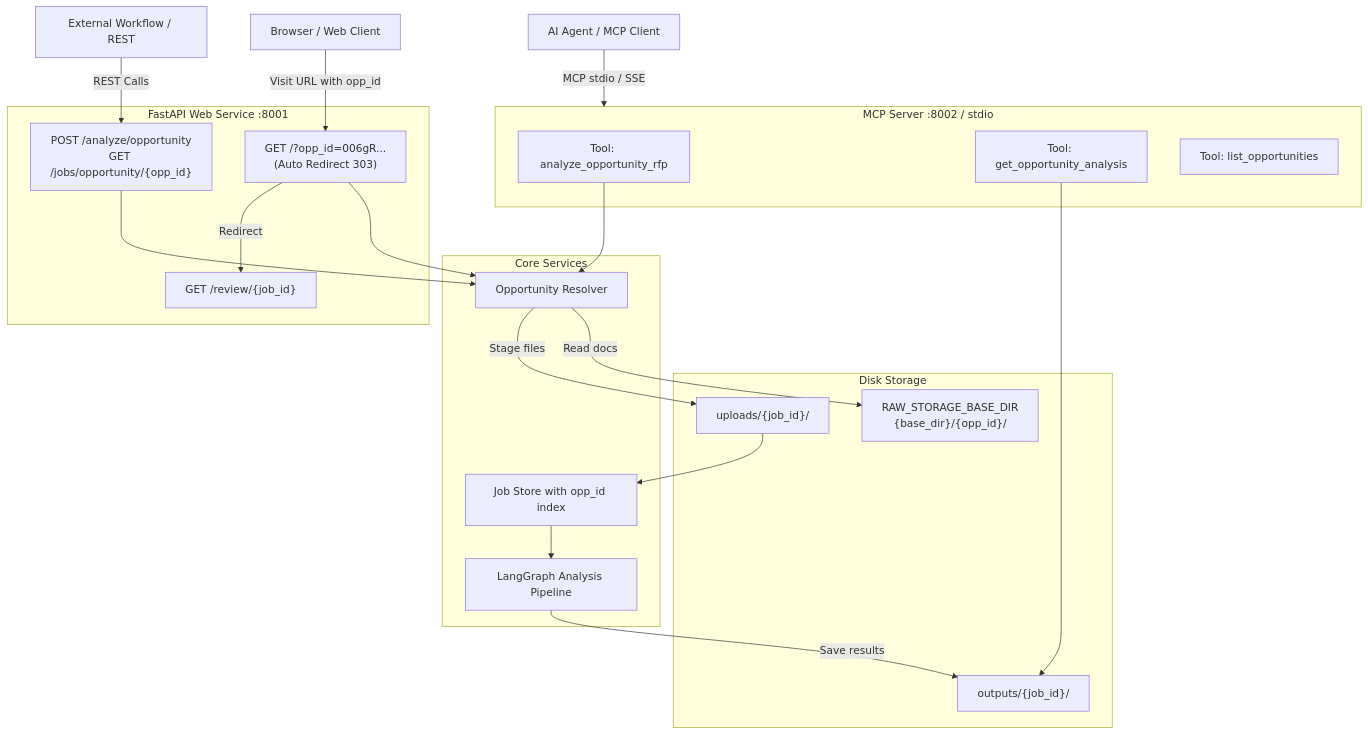
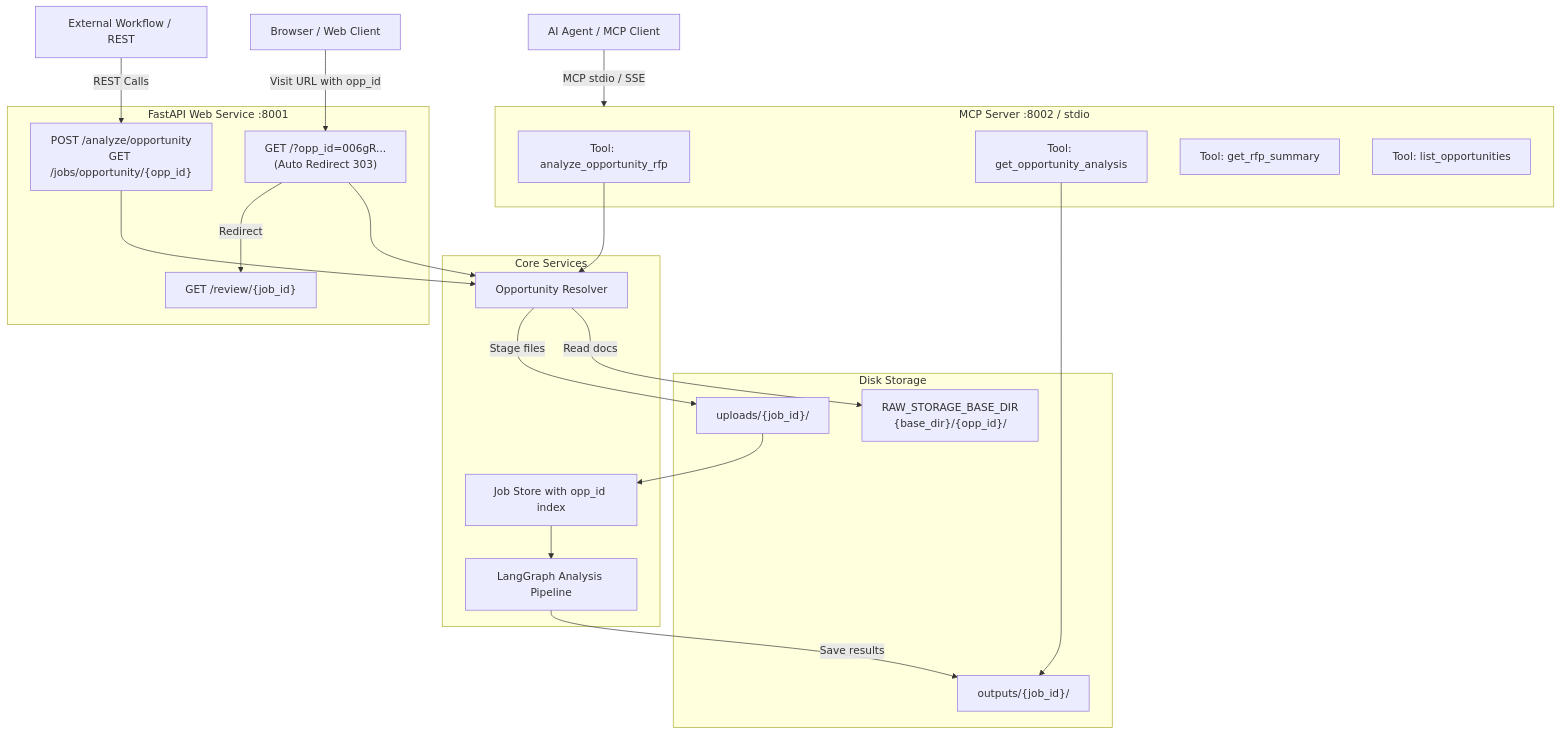
One commit to santosh-k-singh10/rfp-analyzer-v2 changed the diagram in MCP_INTEGRATION_GUIDE.md. Above: the diagram before and after it, drawn with Mermaid. The commit also changed other lines of this file and 18 other files, not shown here.

Commit message:
Implement RFP Summary as first-class dual app with dedicated web UI, REST API, and MCP tool

````diff
--- a/MCP_INTEGRATION_GUIDE.md
+++ b/MCP_INTEGRATION_GUIDE.md
@@ -9,47 +9,48 @@
 ```mermaid
 flowchart TD
     UserBrowser[Browser / Web Client]
     AIAgent[AI Agent / MCP Client]
     ExternalService[External Workflow / REST]
 
     subgraph FastAPIServer [FastAPI Web Service :8001]
         WebRedirect["GET /?opp_id=006gR...<br/>(Auto Redirect 303)"]
         RestAPI["POST /analyze/opportunity<br/>GET /jobs/opportunity/{opp_id}"]
         ReviewPage["GET /review/{job_id}"]
     end
 
     subgraph MCPServer [MCP Server :8002 / stdio]
         ToolAnalyze[Tool: analyze_opportunity_rfp]
         ToolGet[Tool: get_opportunity_analysis]
+        ToolSummary[Tool: get_rfp_summary]
         ToolList[Tool: list_opportunities]
     end
 
     subgraph CoreEngine [Core Services]
         Resolver[Opportunity Resolver]
         JobStore[Job Store with opp_id index]
         Pipeline[LangGraph Analysis Pipeline]
     end
 
     subgraph FileStorage [Disk Storage]
         RawStorage["RAW_STORAGE_BASE_DIR<br/>{base_dir}/{opp_id}/"]
         UploadStorage["uploads/{job_id}/"]
         OutputStorage["outputs/{job_id}/"]
     end
 
     UserBrowser -->|Visit URL with opp_id| WebRedirect
     ExternalService -->|REST Calls| RestAPI
     AIAgent -->|MCP stdio / SSE| MCPServer
 
     WebRedirect --> Resolver
     RestAPI --> Resolver
     ToolAnalyze --> Resolver
 
     Resolver -->|Read docs| RawStorage
     Resolver -->|Stage files| UploadStorage
     UploadStorage --> JobStore
     JobStore --> Pipeline
     Pipeline -->|Save results| OutputStorage
 
     WebRedirect -->|Redirect| ReviewPage
     ToolGet --> OutputStorage
 ```
````
